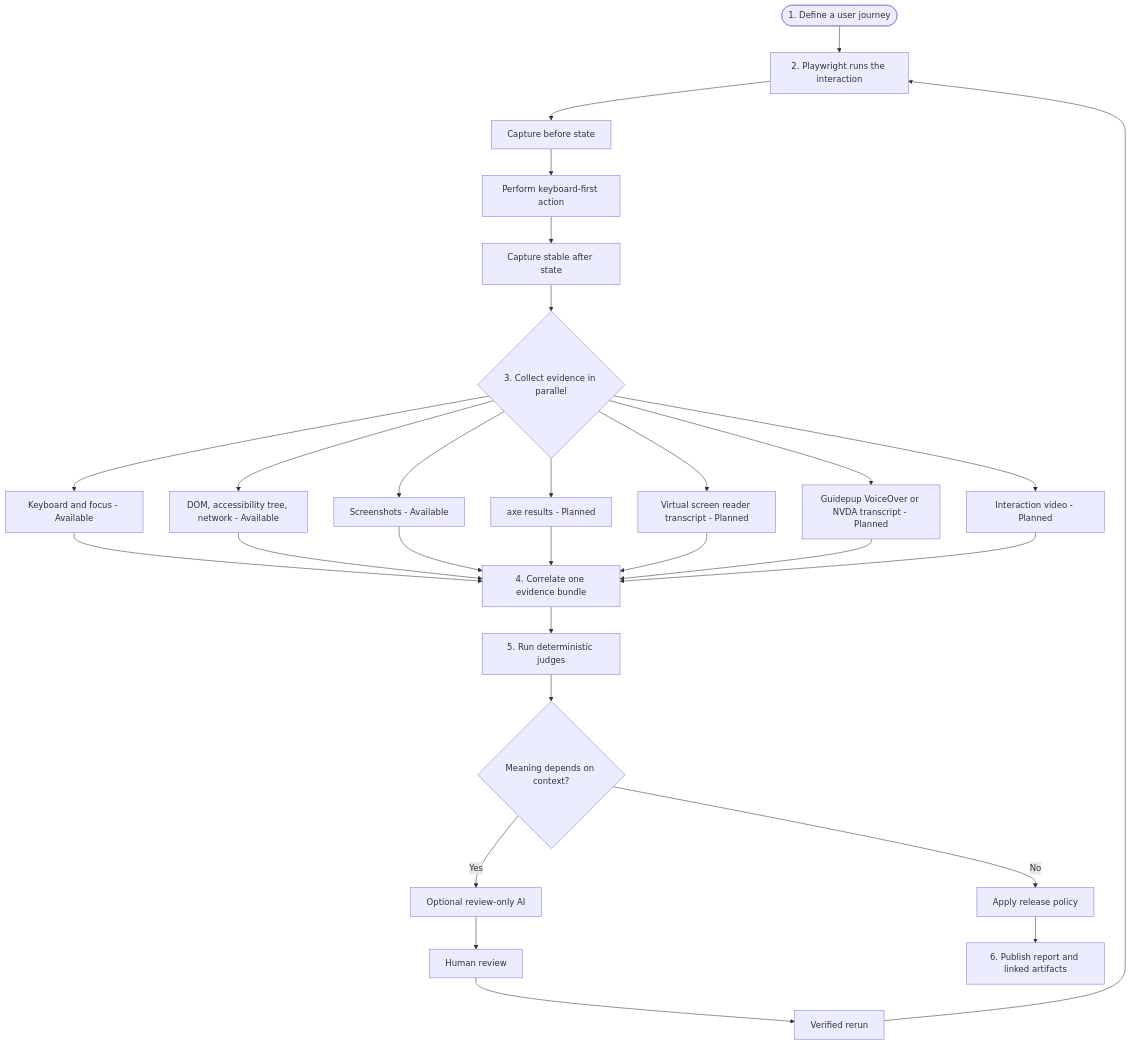
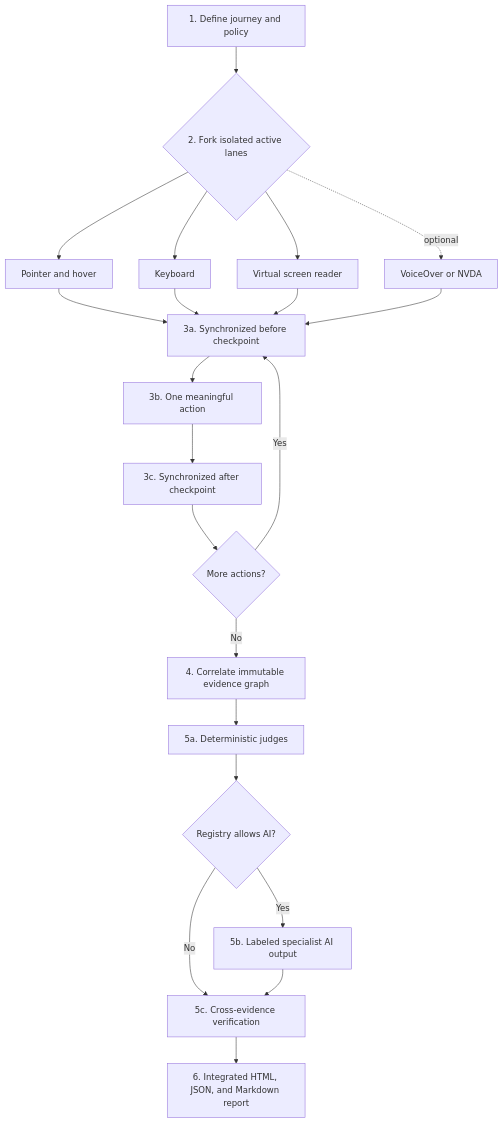
Before and after one commit to Elizabeth1979/accessibility-evidence-engine: the diagram in docs/evidence-run-layout.md, drawn with Mermaid. The commit also changed other lines of this file and 18 other files, not shown here.

Commit message:
Document deterministic accessibility evidence flow

````diff
--- a/docs/evidence-run-layout.md
+++ b/docs/evidence-run-layout.md
@@ -26,22 +11,15 @@
 ```mermaid
 flowchart TD
-  start(["1. Define a user journey"]) --> run["2. Playwright runs the interaction"]
-  run --> before["Capture before state"] --> action["Perform keyboard-first action"] --> after["Capture stable after state"]
-  after --> fanout{"3. Collect evidence in parallel"}
-
-  fanout --> keyboard["Keyboard and focus - Available"]
-  fanout --> structure["DOM, accessibility tree, network - Available"]
-  fanout --> visual["Screenshots - Available"]
-  fanout --> axe["axe results - Planned"]
-  fanout --> virtual["Virtual screen reader transcript - Planned"]
-  fanout --> guidepup["Guidepup VoiceOver or NVDA transcript - Planned"]
-  fanout --> video["Interaction video - Planned"]
-
-  keyboard & structure & visual & axe & virtual & guidepup & video --> correlate["4. Correlate one evidence bundle"]
-  correlate --> judge["5. Run deterministic judges"]
-  judge --> contextual{"Meaning depends on context?"}
-  contextual -->|"No"| policy["Apply release policy"]
-  contextual -->|"Yes"| ai["Optional review-only AI"]
-  ai --> human["Human review"] --> rerun["Verified rerun"] --> run
-  policy --> report["6. Publish report and linked artifacts"]
+  define["1. Define journey and policy"] --> fork{"2. Fork isolated active lanes"}
+  fork --> pointer["Pointer and hover"] & keyboard["Keyboard"] & virtual["Virtual screen reader"]
+  fork -. optional .-> at["VoiceOver or NVDA"]
+  pointer & keyboard & virtual & at --> before["3a. Synchronized before checkpoint"]
+  before --> action["3b. One meaningful action"] --> after["3c. Synchronized after checkpoint"]
+  after --> more{"More actions?"}
+  more -->|Yes| before
+  more -->|No| correlate["4. Correlate immutable evidence graph"]
+  correlate --> judge["5a. Deterministic judges"] --> route{"Registry allows AI?"}
+  route -->|No| verify["5c. Cross-evidence verification"]
+  route -->|Yes| ai["5b. Labeled specialist AI output"] --> verify
+  verify --> report["6. Integrated HTML, JSON, and Markdown report"]
 ```
````
